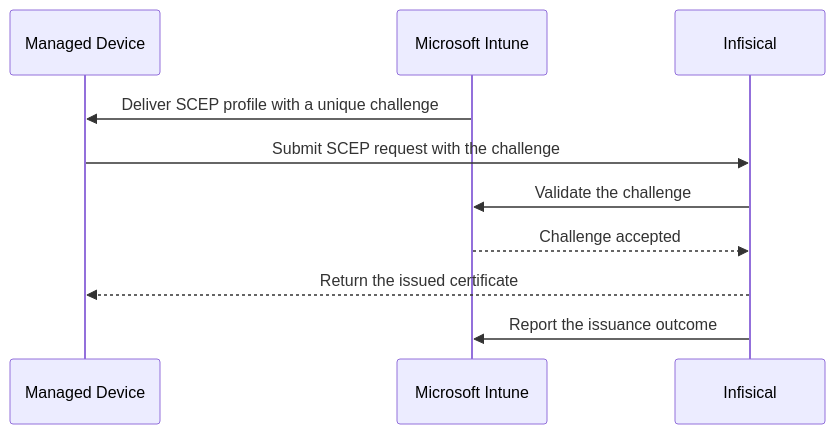
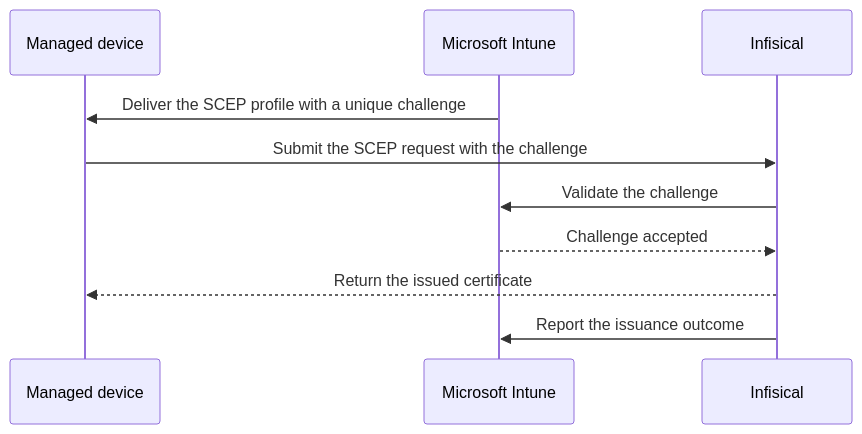
One commit to Infisical/infisical changed the diagram in docs/documentation/platform/pki/guides/applications/microsoft-intune-scep.mdx. Above: the diagram before and after it, drawn with Mermaid. The commit also changed other lines of this file, not shown here.

Commit message:
docs(wip): revamp microsoft intune guide

````diff
--- a/docs/documentation/platform/pki/guides/applications/microsoft-intune-scep.mdx
+++ b/docs/documentation/platform/pki/guides/applications/microsoft-intune-scep.mdx
@@ -19,12 +34,12 @@
 ```mermaid
 sequenceDiagram
-    participant Device as Managed Device
+    participant Device as Managed device
     participant Intune as Microsoft Intune
     participant Infisical
-    Intune->>Device: Deliver SCEP profile with a unique challenge
-    Device->>Infisical: Submit SCEP request with the challenge
+    Intune->>Device: Deliver the SCEP profile with a unique challenge
+    Device->>Infisical: Submit the SCEP request with the challenge
     Infisical->>Intune: Validate the challenge
     Intune-->>Infisical: Challenge accepted
     Infisical-->>Device: Return the issued certificate
     Infisical->>Intune: Report the issuance outcome
 ```
````
